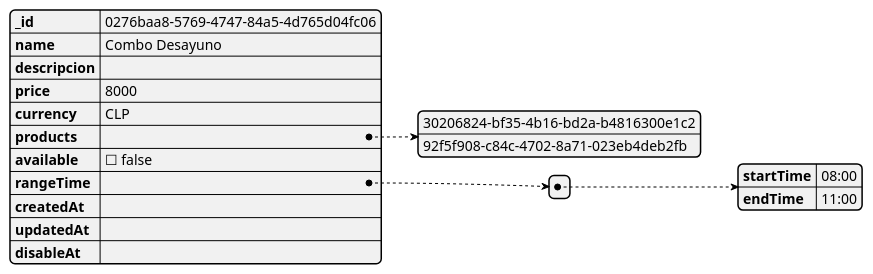
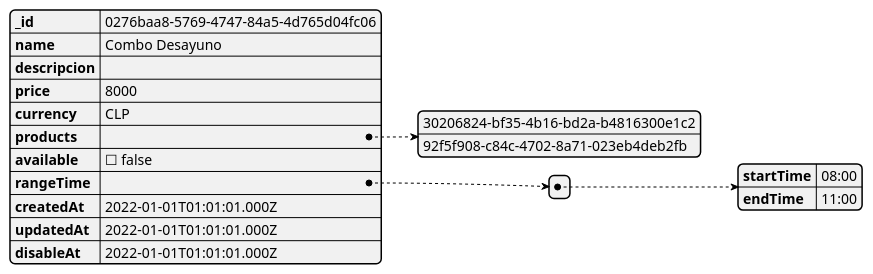
The diagram in plantuml/jsons/combo.puml (icc-dev/vc-project-architecture), drawn with PlantUML before and after one commit. The commit also changed 8 other files, not shown here.

```diff
--- a/plantuml/jsons/combo.puml
+++ b/plantuml/jsons/combo.puml
@@ -1,17 +1,17 @@
 @startjson
 {
-"_id": "0276baa8-5769-4747-84a5-4d765d04fc06",
-"name": "Combo Desayuno",
-"descripcion": "",
-"price": 8000,
-"currency": "CLP",
-"products": ["30206824-bf35-4b16-bd2a-b4816300e1c2", "92f5f908-c84c-4702-8a71-023eb4deb2fb"],
-"available": false,
-"rangeTime": [
-{"startTime": "08:00", "endTime": "11:00"}
-],
-"createdAt": "",
-"updatedAt": "",
-"disableAt": ""
+    "_id": "0276baa8-5769-4747-84a5-4d765d04fc06",
+    "name": "Combo Desayuno",
+    "descripcion": "",
+    "price": 8000,
+    "currency": "CLP",
+    "products": ["30206824-bf35-4b16-bd2a-b4816300e1c2", "92f5f908-c84c-4702-8a71-023eb4deb2fb"],
+    "available": false,
+    "rangeTime": [
+        {"startTime": "08:00", "endTime": "11:00"}
+    ],
+    "createdAt": "2022-01-01T01:01:01.000Z",
+    "updatedAt": "2022-01-01T01:01:01.000Z",
+    "disableAt": "2022-01-01T01:01:01.000Z"
 }
 @endjson
```
